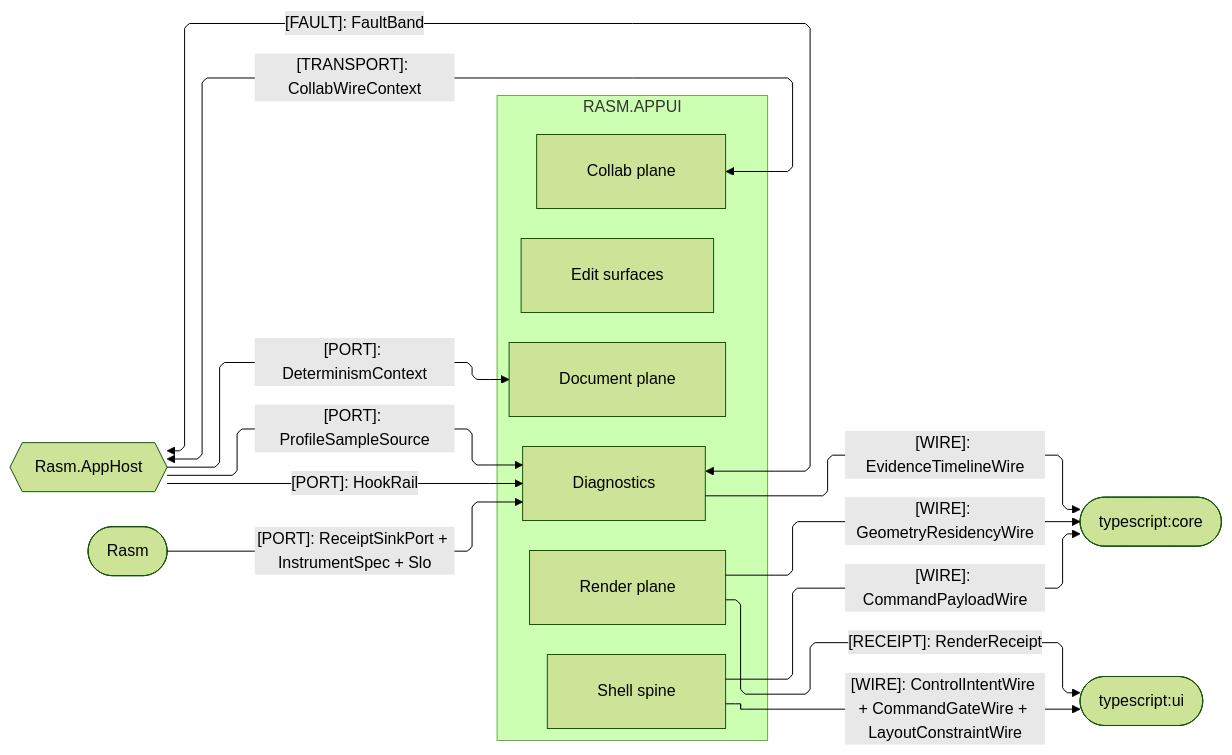
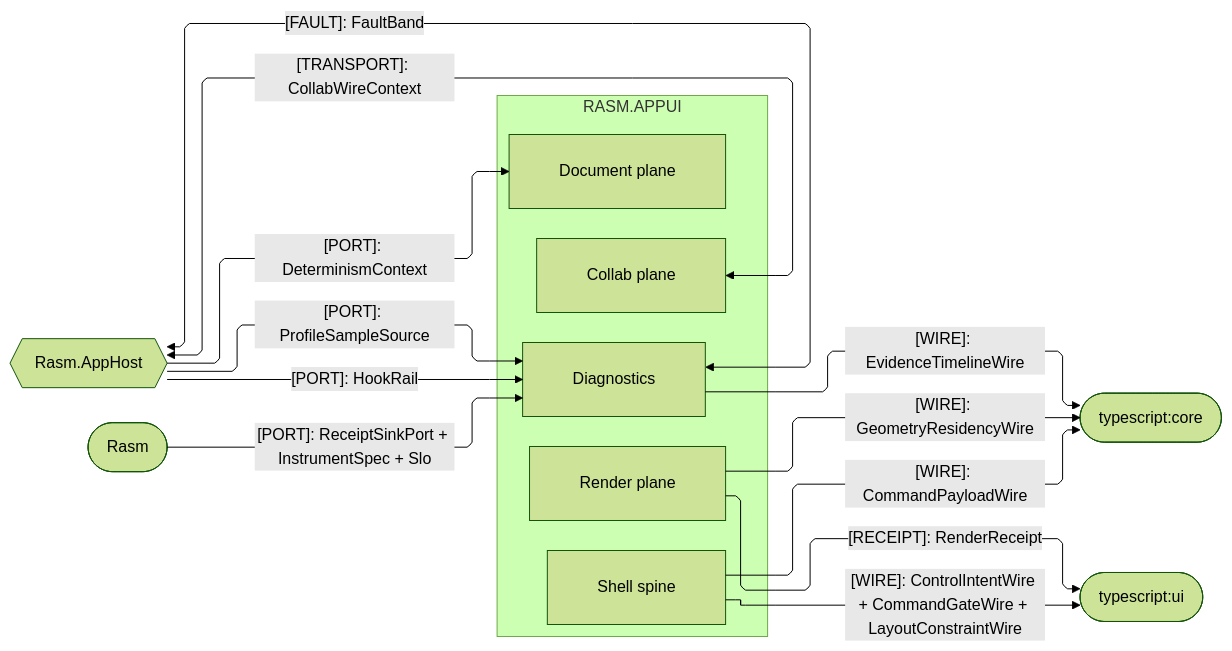
The third of 3 diagrams in libs/csharp/Rasm.AppUi/ARCHITECTURE.md (bsamiee/Rasm), drawn with Mermaid (forest theme) before and after one commit. The commit also changed other lines of this file and 108 other files, not shown here.

Commit message:
Land the coldpass doc-set deltas across README, ARCHITECTURE, RULINGS, IDEAS, and TASKLOG files

````diff
--- a/libs/csharp/Rasm.AppUi/ARCHITECTURE.md
+++ b/libs/csharp/Rasm.AppUi/ARCHITECTURE.md
@@ -166,35 +166,34 @@
 ```mermaid
 ---
 config:
   layout: elk
   flowchart:
     curve: linear
     padding: 25
 ---
 flowchart LR
     accTitle: AppUi platform-host and cross-runtime wire seams
     accDescr: AppUi owners exchanging wires, receipts, ports, transport, and the fault-band adjacency with the app host and the TypeScript peers.
     subgraph appui[RASM.APPUI]
         Shell[Shell spine]
         Render[Render plane]
-        Editing[Edit surfaces]
         Document[Document plane]
         Collab[Collab plane]
         Diagnostics[Diagnostics]
     end
     AppHost{{Rasm.AppHost}}
     Rasm([Rasm])
     Core([typescript:core])
     Ui([typescript:ui])
     Shell -->|"[WIRE]: CommandPayloadWire"| Core
     Render -->|"[WIRE]: GeometryResidencyWire"| Core
     Diagnostics -->|"[WIRE]: EvidenceTimelineWire"| Core
     Shell -->|"[WIRE]: ControlIntentWire + CommandGateWire + LayoutConstraintWire"| Ui
     Render -->|"[RECEIPT]: RenderReceipt"| Ui
     AppHost -->|"[PORT]: DeterminismContext"| Document
     Diagnostics <-->|"[FAULT]: FaultBand"| AppHost
     Rasm -->|"[PORT]: ReceiptSinkPort + InstrumentSpec + Slo"| Diagnostics
     AppHost -->|"[PORT]: HookRail"| Diagnostics
     AppHost -->|"[PORT]: ProfileSampleSource"| Diagnostics
     Collab <-->|"[TRANSPORT]: CollabWireContext"| AppHost
 ```
````
